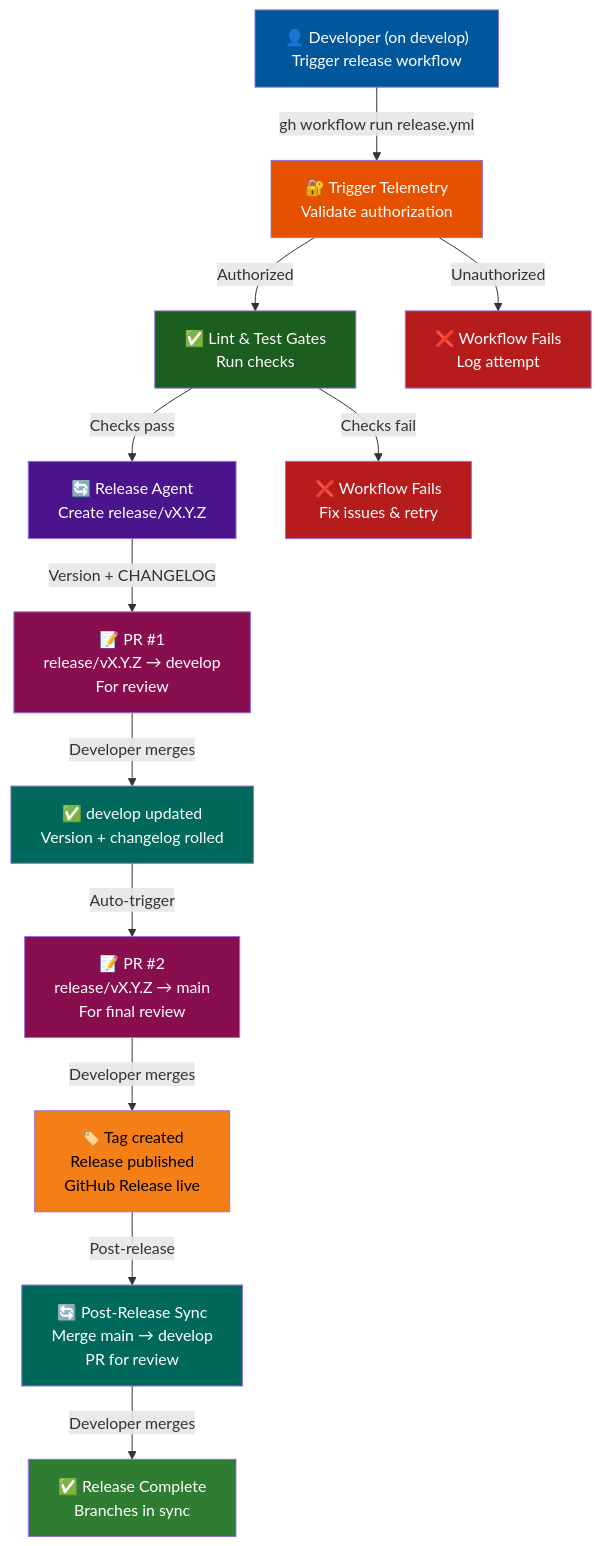
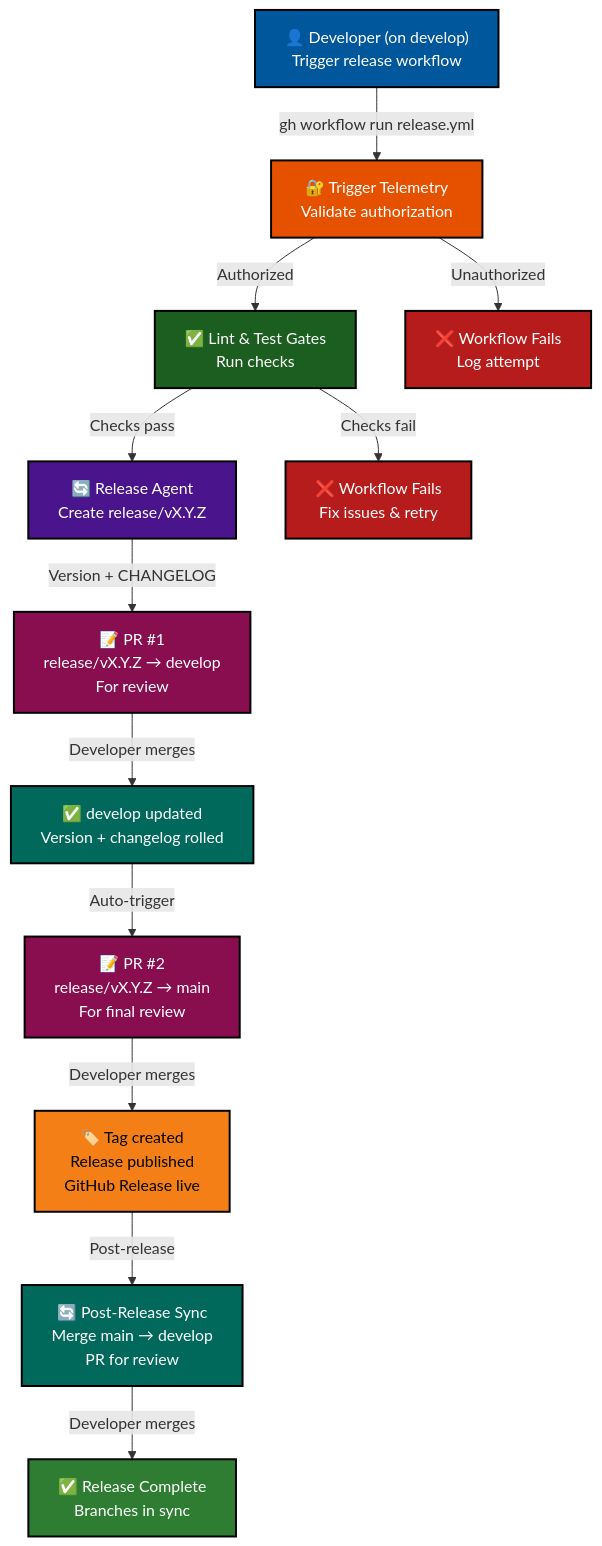
Before and after one commit to lightspeedwp/.github: the first of 4 diagrams in docs/RELEASE_PROCESS.md, drawn with Mermaid. The commit also changed other lines of this file, not shown here.

First line of the commit message:
fix: Update all Mermaid diagrams to repo standards

````diff
--- a/docs/RELEASE_PROCESS.md
+++ b/docs/RELEASE_PROCESS.md
@@ -49,27 +49,29 @@
 ```mermaid
-graph TD
+flowchart TD
+    accTitle: Release workflow full flow
+    accDescr: Developer triggers release, authorization checks, CI gates, version bump, stacked PRs to develop and main, tag and release, post-release sync
     A["👤 Developer (on develop)<br/>Trigger release workflow"] -->|"gh workflow run release.yml"| B["🔐 Trigger Telemetry<br/>Validate authorization"]
     B -->|Authorized| C["✅ Lint & Test Gates<br/>Run checks"]
     B -->|Unauthorized| Z1["❌ Workflow Fails<br/>Log attempt"]
     C -->|Checks pass| D["🔄 Release Agent<br/>Create release/vX.Y.Z"]
     C -->|Checks fail| Z2["❌ Workflow Fails<br/>Fix issues & retry"]
     D -->|"Version + CHANGELOG"| E["📝 PR #1<br/>release/vX.Y.Z → develop<br/>For review"]
     E -->|Developer merges| F["✅ develop updated<br/>Version + changelog rolled"]
     F -->|Auto-trigger| G["📝 PR #2<br/>release/vX.Y.Z → main<br/>For final review"]
     G -->|Developer merges| H["🏷️ Tag created<br/>Release published<br/>GitHub Release live"]
     H -->|Post-release| I["🔄 Post-Release Sync<br/>Merge main → develop<br/>PR for review"]
     I -->|Developer merges| J["✅ Release Complete<br/>Branches in sync"]
     
-    style A fill:#01579b,color:#fff
-    style B fill:#e65100,color:#fff
-    style C fill:#1b5e20,color:#fff
-    style D fill:#4a148c,color:#fff
-    style E fill:#880e4f,color:#fff
-    style F fill:#00695c,color:#fff
-    style G fill:#880e4f,color:#fff
-    style H fill:#f57f17,color:#000
-    style I fill:#00695c,color:#fff
-    style J fill:#2e7d32,color:#fff
-    style Z1 fill:#b71c1c,color:#fff
-    style Z2 fill:#b71c1c,color:#fff
+    style A fill:#01579b,color:#fff,stroke:#000,stroke-width:2px
+    style B fill:#e65100,color:#fff,stroke:#000,stroke-width:2px
+    style C fill:#1b5e20,color:#fff,stroke:#000,stroke-width:2px
+    style D fill:#4a148c,color:#fff,stroke:#000,stroke-width:2px
+    style E fill:#880e4f,color:#fff,stroke:#000,stroke-width:2px
+    style F fill:#00695c,color:#fff,stroke:#000,stroke-width:2px
+    style G fill:#880e4f,color:#fff,stroke:#000,stroke-width:2px
+    style H fill:#f57f17,color:#000,stroke:#000,stroke-width:2px
+    style I fill:#00695c,color:#fff,stroke:#000,stroke-width:2px
+    style J fill:#2e7d32,color:#fff,stroke:#000,stroke-width:2px
+    style Z1 fill:#b71c1c,color:#fff,stroke:#000,stroke-width:2px
+    style Z2 fill:#b71c1c,color:#fff,stroke:#000,stroke-width:2px
 ```
````
